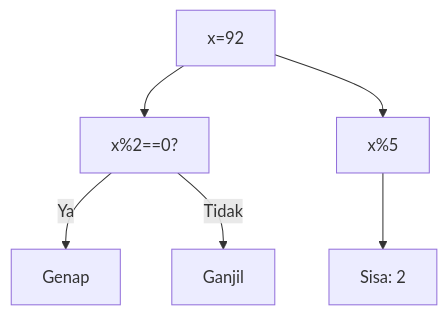
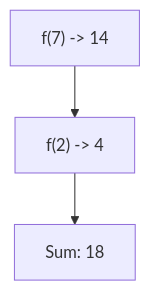
One commit to amnahwaida/OSNK_INF_PREP changed diagram 18 of 25 in part-c-pemahaman-cpp/04-fungsi/latihan/set-04.md. Above: the diagram before and after it, drawn with Mermaid. The commit also changed other lines of this file and 71 other files, not shown here.

````diff
--- a/part-c-pemahaman-cpp/04-fungsi/latihan/set-04.md
+++ b/part-c-pemahaman-cpp/04-fungsi/latihan/set-04.md
@@ -594,8 +474,5 @@
 ```mermaid
 graph TD
-A["x=92"] --> B["x%2==0?"]
-B -- Ya --> C["Genap"]
-B -- Tidak --> D["Ganjil"]
-A --> E["x%5"]
-E --> F["Sisa: 2"]
+A["f(7) -> 14"] --> B["f(2) -> 4"]
+B --> C["Sum: 18"]
 ```
````
